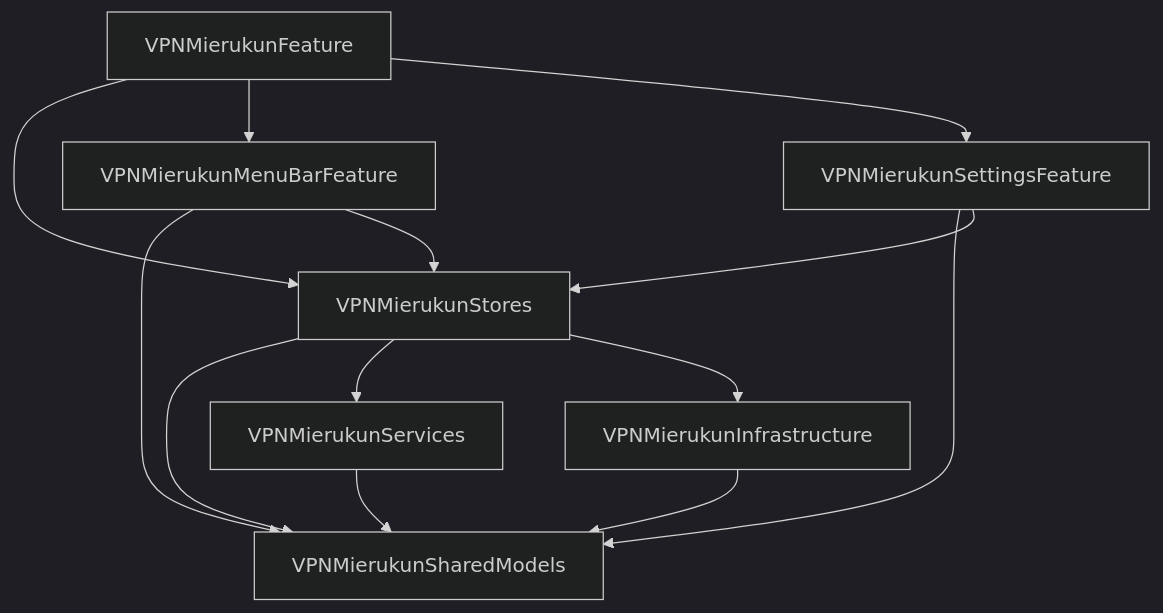
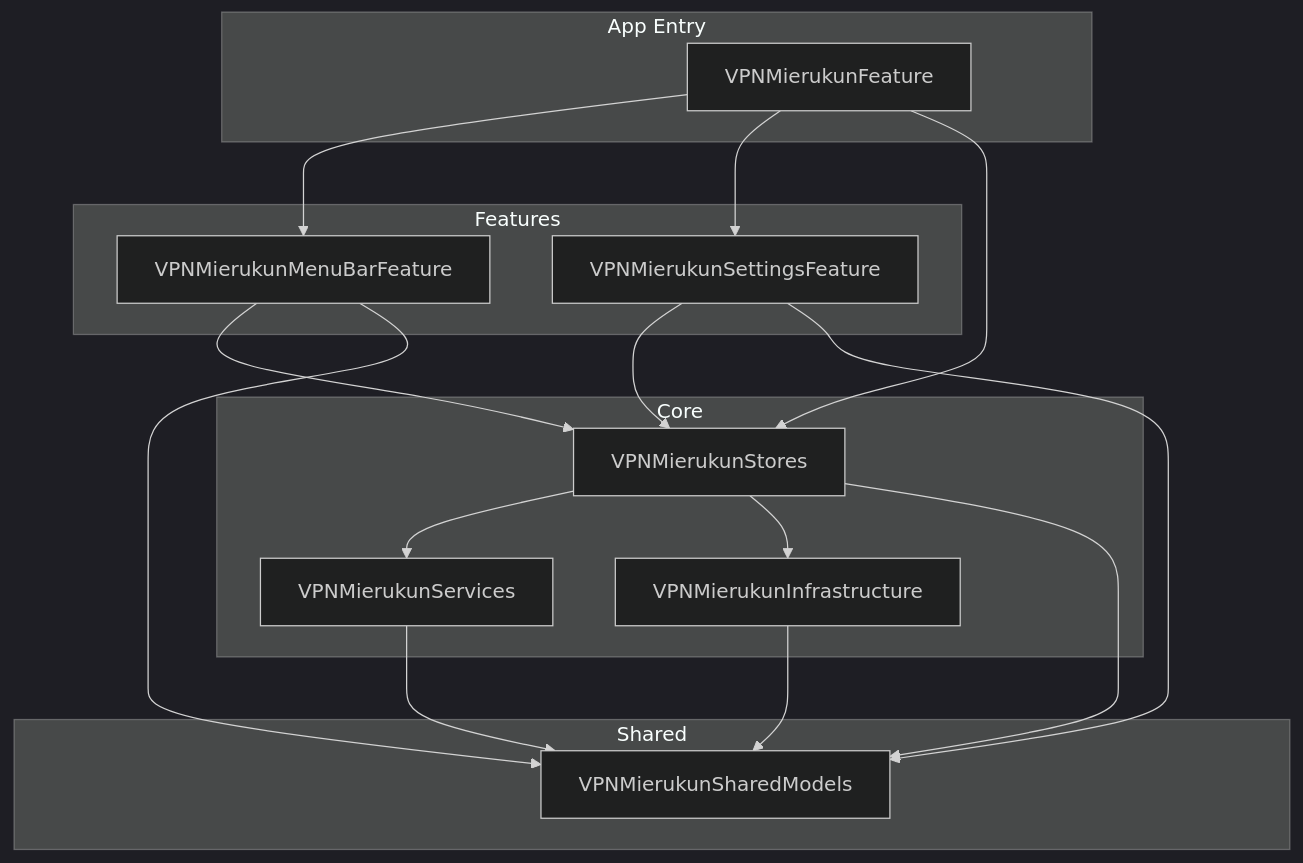
The diagram in README.md (shsw228/VPN-Mierukun), drawn with Mermaid (dark theme) before and after one commit. The commit also changed other lines of this file and 8 other files, not shown here.

````diff
--- a/README.md
+++ b/README.md
@@ -23,19 +23,38 @@
 ```mermaid
-graph TD
-  VPNMierukunFeature --> VPNMierukunStores
+flowchart TB
+  subgraph AppEntry["App Entry"]
+    VPNMierukunFeature
+  end
+
+  subgraph Features["Features"]
+    VPNMierukunMenuBarFeature
+    VPNMierukunSettingsFeature
+  end
+
+  subgraph Core["Core"]
+    VPNMierukunStores
+    VPNMierukunServices
+    VPNMierukunInfrastructure
+  end
+
+  subgraph Shared["Shared"]
+    VPNMierukunSharedModels
+  end
+
   VPNMierukunFeature --> VPNMierukunMenuBarFeature
   VPNMierukunFeature --> VPNMierukunSettingsFeature
+  VPNMierukunFeature --> VPNMierukunStores
 
-  VPNMierukunStores --> VPNMierukunSharedModels
+  VPNMierukunMenuBarFeature --> VPNMierukunStores
+  VPNMierukunMenuBarFeature --> VPNMierukunSharedModels
+
+  VPNMierukunSettingsFeature --> VPNMierukunStores
+  VPNMierukunSettingsFeature --> VPNMierukunSharedModels
+
   VPNMierukunStores --> VPNMierukunServices
   VPNMierukunStores --> VPNMierukunInfrastructure
-
-  VPNMierukunMenuBarFeature --> VPNMierukunSharedModels
-  VPNMierukunMenuBarFeature --> VPNMierukunStores
-
-  VPNMierukunSettingsFeature --> VPNMierukunSharedModels
-  VPNMierukunSettingsFeature --> VPNMierukunStores
+  VPNMierukunStores --> VPNMierukunSharedModels
 
   VPNMierukunServices --> VPNMierukunSharedModels
   VPNMierukunInfrastructure --> VPNMierukunSharedModels
 ```
````
